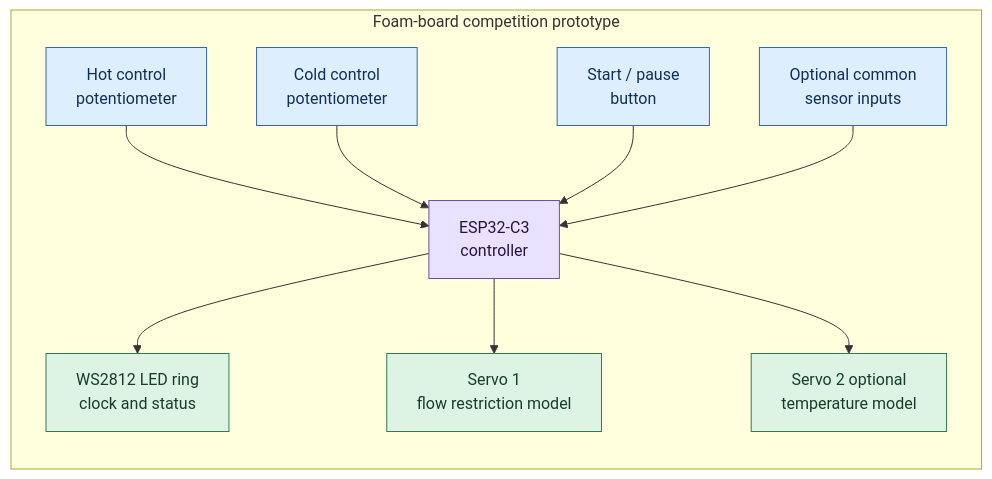
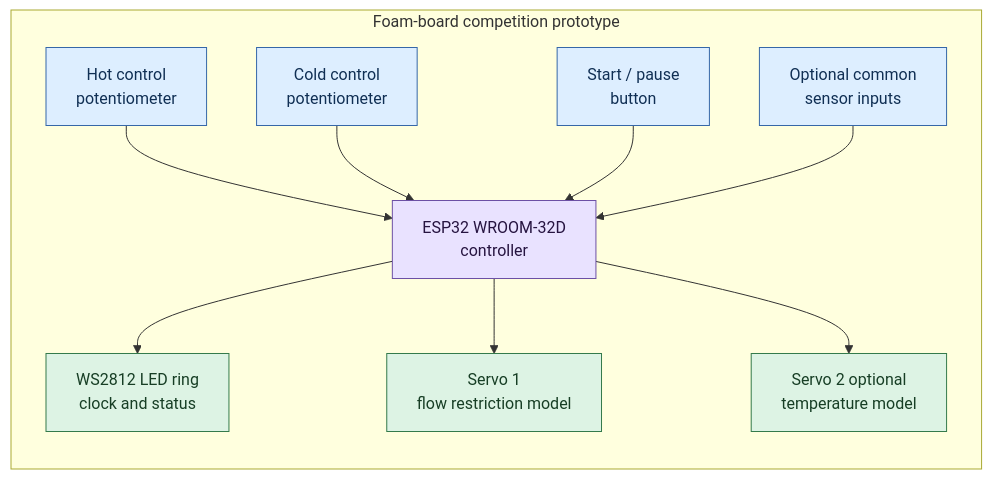
Before and after one commit to akbar-q/Embedded-Programming: the first of 4 diagrams in Smart Shower Water Conservation System/README.md, drawn with Mermaid. The commit also changed other lines of this file and 6 other files, not shown here.

````diff
--- a/Smart Shower Water Conservation System/README.md
+++ b/Smart Shower Water Conservation System/README.md
@@ -17,28 +17,28 @@
 ```mermaid
 flowchart LR
   subgraph Board[Foam-board competition prototype]
     Hot[Hot control\npotentiometer]
     Cold[Cold control\npotentiometer]
     Start[Start / pause\nbutton]
-    C3[ESP32-C3\ncontroller]
+    ESP32[ESP32 WROOM-32D\ncontroller]
     Ring[WS2812 LED ring\nclock and status]
     FlowServo[Servo 1\nflow restriction model]
     TempServo[Servo 2 optional\ntemperature model]
     Sensor[Optional common\nsensor inputs]
   end
 
-  Hot --> C3
-  Cold --> C3
-  Start --> C3
-  Sensor --> C3
-  C3 --> Ring
-  C3 --> FlowServo
-  C3 --> TempServo
+  Hot --> ESP32
+  Cold --> ESP32
+  Start --> ESP32
+  Sensor --> ESP32
+  ESP32 --> Ring
+  ESP32 --> FlowServo
+  ESP32 --> TempServo
 
   classDef input fill:#DDEEFF,stroke:#3567A8,color:#102F54;
   classDef control fill:#E9E2FF,stroke:#6C50A5,color:#261440;
   classDef output fill:#DDF3E4,stroke:#347A4B,color:#173E25;
   class Hot,Cold,Start,Sensor input;
-  class C3 control;
+  class ESP32 control;
   class Ring,FlowServo,TempServo output;
 ```
````
